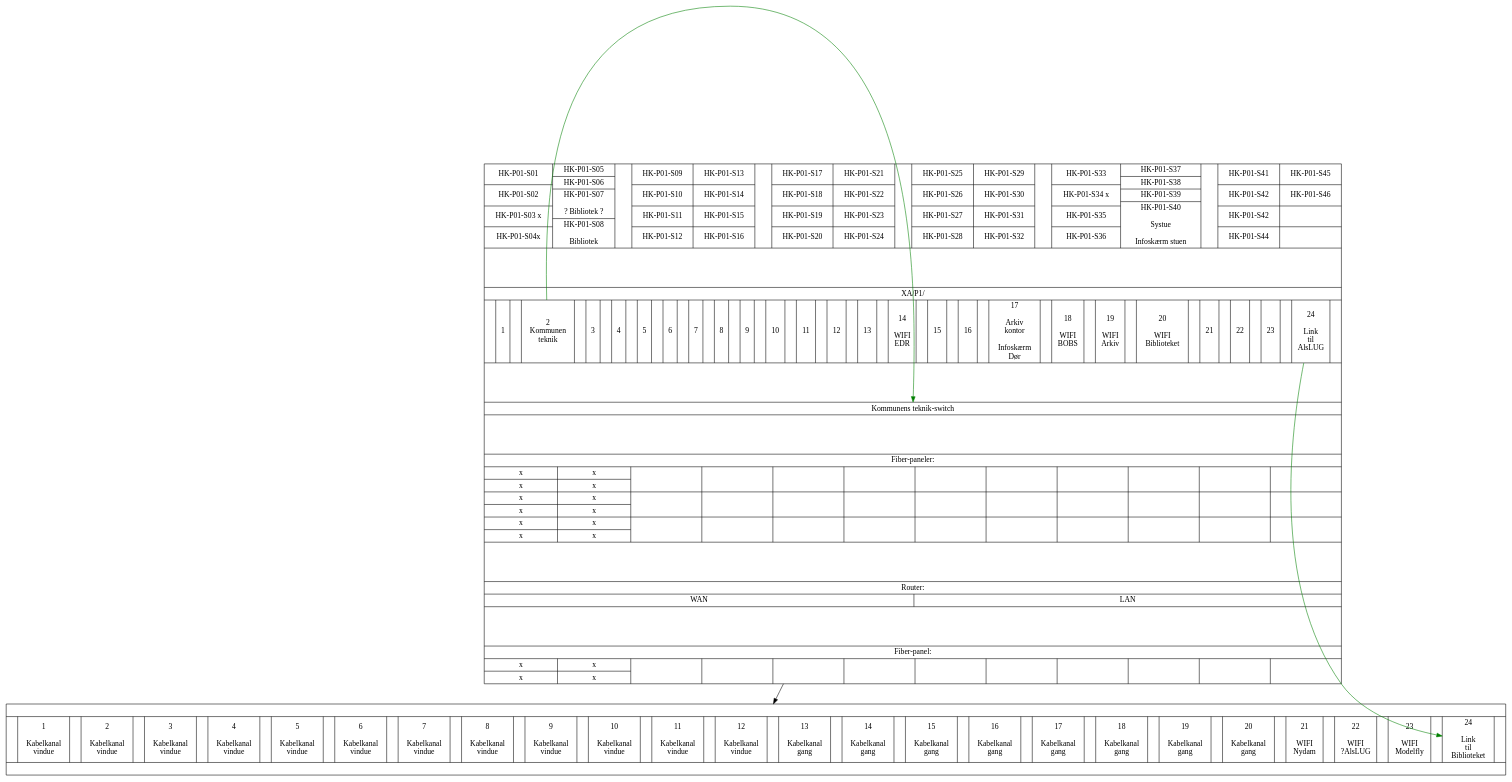
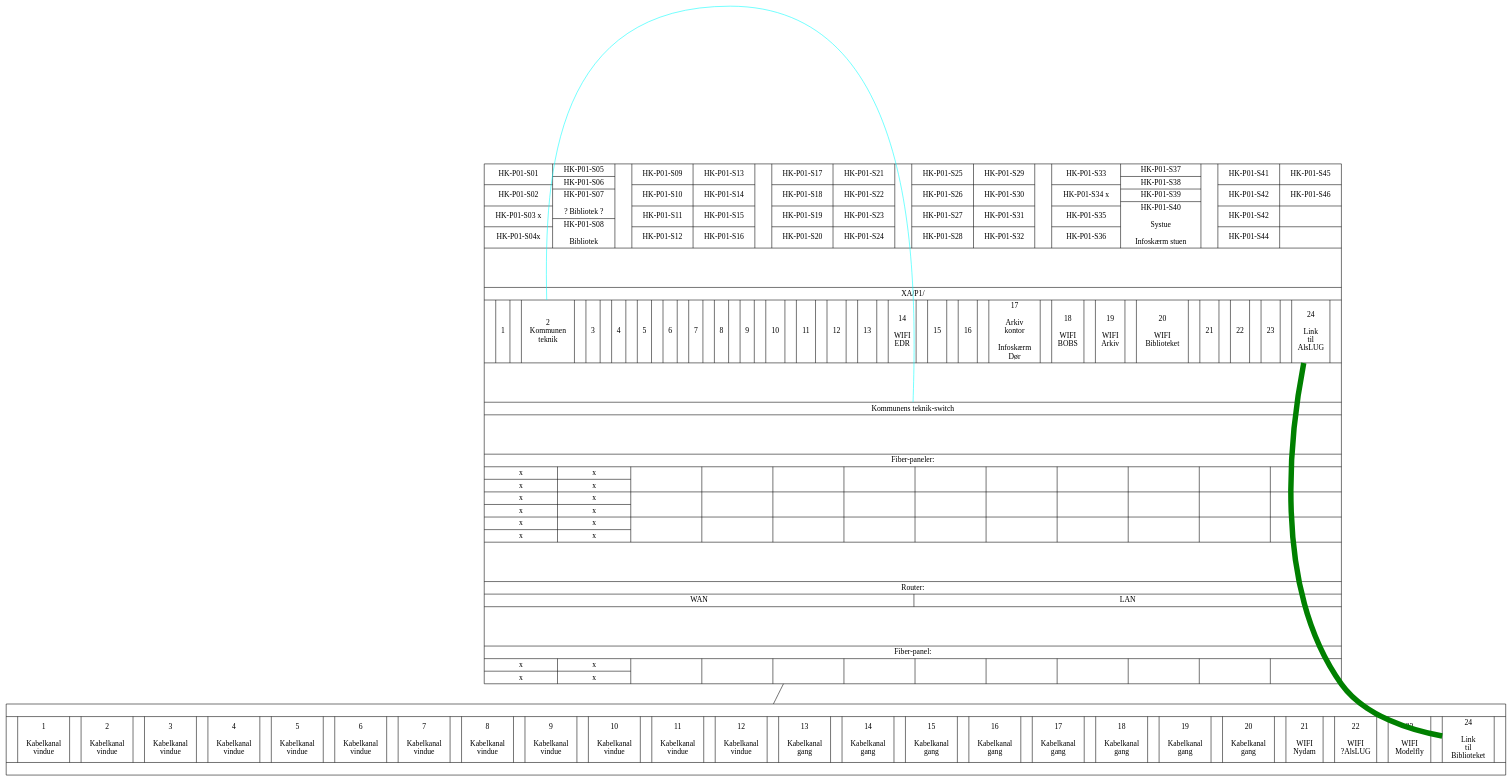
One commit to alslug/alslug.dk changed the diagram in projekter/patch-paneler.dot. Above: the diagram before and after it, drawn with Graphviz.

```diff
--- a/projekter/patch-paneler.dot
+++ b/projekter/patch-paneler.dot
@@ -1,140 +1,141 @@
 digraph xxx {
+  edge [ dir=none ];
   bib_patch [ shape=record label="{
   					{
 						{HK-P01-S01|HK-P01-S02|HK-P01-S03 x|HK-P01-S04x}|
 						{HK-P01-S05|HK-P01-S06|HK-P01-S07\n\n? Bibliotek ?|HK-P01-S08\n\nBibliotek}||
 						
 						{HK-P01-S09|HK-P01-S10|HK-P01-S11|HK-P01-S12}|
 						{HK-P01-S13|HK-P01-S14|HK-P01-S15|HK-P01-S16}||
 						
 						{HK-P01-S17|HK-P01-S18|HK-P01-S19|HK-P01-S20}|
 						{HK-P01-S21|HK-P01-S22|HK-P01-S23|HK-P01-S24}||
 						
 						{HK-P01-S25|HK-P01-S26|HK-P01-S27|HK-P01-S28}|
 						{HK-P01-S29|HK-P01-S30|HK-P01-S31|HK-P01-S32}||
 						
 						{HK-P01-S33|HK-P01-S34 x|HK-P01-S35|HK-P01-S36}|
 						{HK-P01-S37|HK-P01-S38|HK-P01-S39|HK-P01-S40\n\nSystue\n\nInfoskærm stuen}||
 						
 						{HK-P01-S41|HK-P01-S42|HK-P01-S42|HK-P01-S44}|
 						{HK-P01-S45|HK-P01-S46||}
 					}
 					|\n\n\n\n|XA/P1/|
 					{|
 							<xa_p1_1> 1
 						||
 							<xa_p1_2> 2 \nKommunen\nteknik
 						||
 							<xa_p1_3> 3
 						||
 							<xa_p1_4> 4
 						||
 							<xa_p1_5> 5
 						||
 							<xa_p1_6> 6
 						||
 							<xa_p1_7> 7
 						||
 							<xa_p1_8> 8
 						||
 							<xa_p1_9> 9
 						||
 							<xa_p1_10> 10
 						||
 							<xa_p1_11> 11
 						||
 							<xa_p1_12> 12
 						||
 							<xa_p1_13> 13
 						||
 							<xa_p1_14> 14 \n\nWIFI\nEDR
 						||
 							<xa_p1_15> 15
 						||
 							<xa_p1_16> 16
 						||
 							<xa_p1_15> 17 \n\nArkiv\nkontor\n\nInfoskærm\nDør
 						||
 							<xa_p1_18> 18 \n\nWIFI\nBOBS
 						||
 							<xa_p1_19> 19 \n\nWIFI\nArkiv
 						||
 							<xa_p1_20> 20 \n\nWIFI\nBiblioteket
 						||
 							<xa_p1_21> 21
 						||
 							<xa_p1_22> 22
 						||
 							<xa_p1_23> 23
 						||
 							<xa_p1_24> 24\n\nLink\ntil\nAlsLUG
 						|}
 					|\n\n\n\n|
 					<kom_switch>Kommunens teknik-switch
 					|\n\n\n\n|Fiber-paneler:
 					|
 					{{x|x}|{x|x}||||||||||}
 					|
 					{{x|x}|{x|x}||||||||||}
 					|
 					{{x|x}|{x|x}||||||||||}
 					|\n\n\n\n|Router:|
 					{WAN|LAN}
 					|\n\n\n\n|Fiber-panel:|
 					{{x|x}|{x|x}||||||||||}
 				   }" ];
   alslug_patch [ shape=record label="{
 					|{|
 						<1> 1 \n\nKabelkanal\nvindue
 					||
 						<2> 2 \n\nKabelkanal\nvindue
 					||
 						<3> 3 \n\nKabelkanal\nvindue
 					||
 						<4> 4 \n\nKabelkanal\nvindue
 					||
 						<5> 5 \n\nKabelkanal\nvindue
 					||
 						<6> 6 \n\nKabelkanal\nvindue
 					||
 						<7> 7 \n\nKabelkanal\nvindue
 					||
 						<8> 8 \n\nKabelkanal\nvindue
 					||
 						<9> 9 \n\nKabelkanal\nvindue
 					||
 						<10> 10 \n\nKabelkanal\nvindue
 					||
 						<11> 11 \n\nKabelkanal\nvindue
 					||
 						<12> 12 \n\nKabelkanal\nvindue
 					||
 						<13> 13 \n\nKabelkanal\ngang
 					||
 						<14> 14 \n\nKabelkanal\ngang
 					||
 						<15> 15 \n\nKabelkanal\ngang
 					||
 						<16> 16 \n\nKabelkanal\ngang
 					||
 						<17> 17 \n\nKabelkanal\ngang
 					||
 						<18> 18 \n\nKabelkanal\ngang
 					||
 						<19> 19 \n\nKabelkanal\ngang
 					||
 						<20> 20 \n\nKabelkanal\ngang
 					||
 						<21> 21 \n\nWIFI\nNydam
 					||
 						<22> 22 \n\nWIFI\n?AlsLUG
 					||
 						<23> 23 \n\nWIFI\nModelfly
 					||
 						<24> 24 \n\nLink\ntil\nBiblioteket
 					|}|
                                       }" ];
   bib_patch -> alslug_patch;
-  bib_patch:xa_p1_2 -> bib_patch:kom_switch [ color=green ];
-  bib_patch:xa_p1_24 -> alslug_patch:24 [ color=green ];
+  bib_patch:xa_p1_2 -> bib_patch:kom_switch [ color=cyan ];
+  bib_patch:xa_p1_24 -> alslug_patch:24 [ color=green penwidth=10 ];
 }
```
